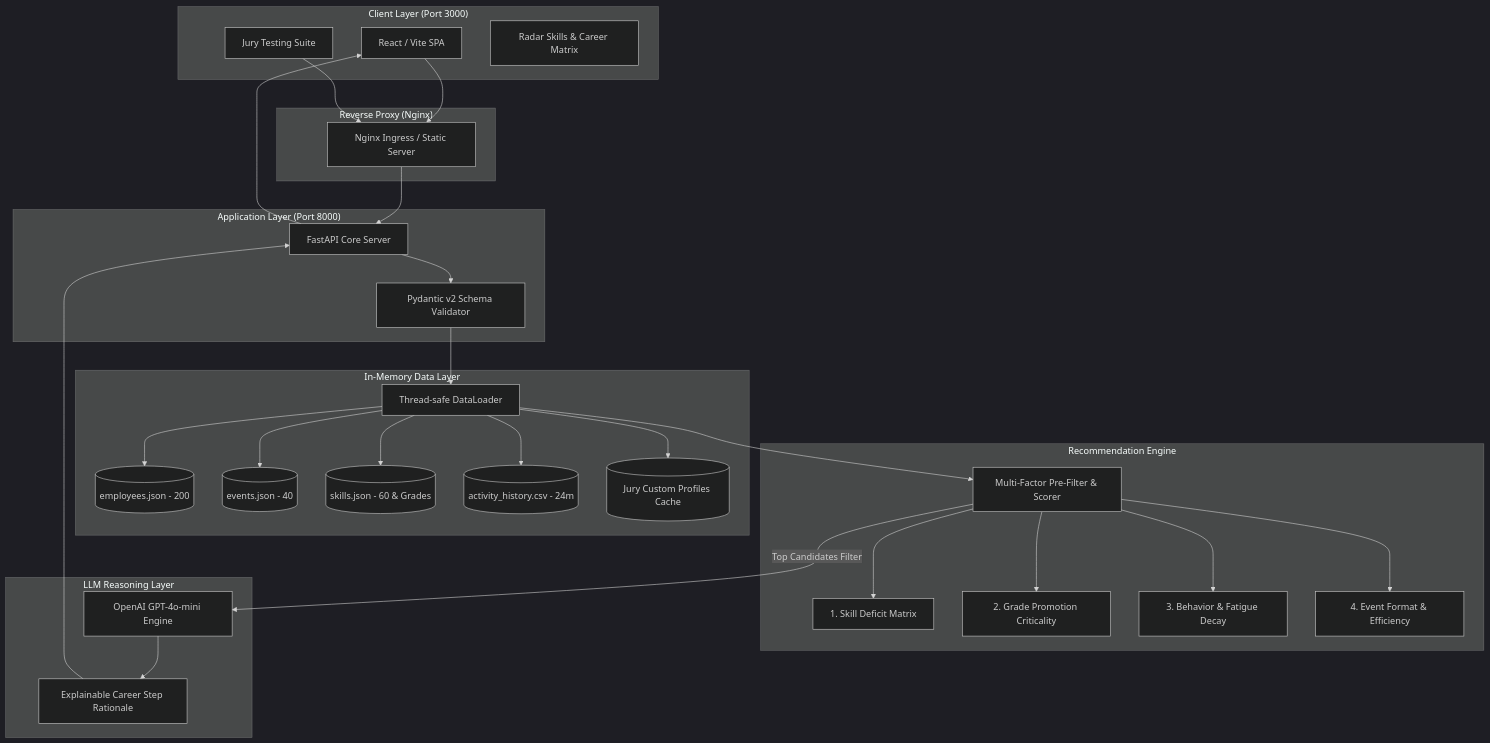
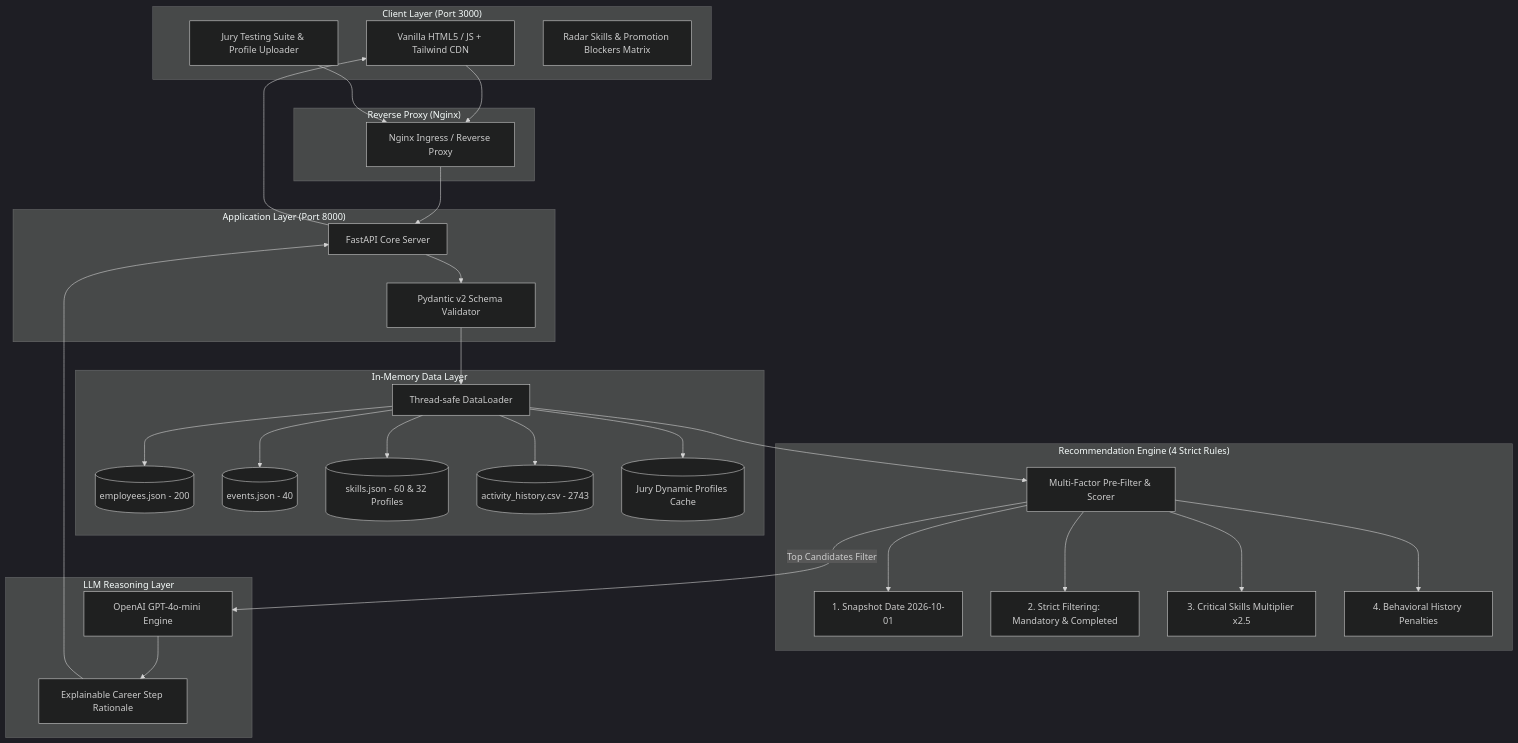
The second of 3 diagrams in README.md (BAITC-Hacks/hack-c99f3764-covuni), drawn with Mermaid (dark theme) before and after one commit. The commit also changed other lines of this file, not shown here.

Commit message:
docs: finalize README with jury edge case dataset compatibility, relative links, privacy ethics and media placeholders

````diff
--- a/README.md
+++ b/README.md
@@ -97,61 +112,61 @@
 ```mermaid
 flowchart TD
     subgraph UI ["Client Layer (Port 3000)"]
-        F1[React / Vite SPA]
-        F2[Jury Testing Suite]
-        F3[Radar Skills & Career Matrix]
+        F1[Vanilla HTML5 / JS + Tailwind CDN]
+        F2[Jury Testing Suite & Profile Uploader]
+        F3[Radar Skills & Promotion Blockers Matrix]
     end
 
     subgraph GW ["Reverse Proxy (Nginx)"]
-        NG[Nginx Ingress / Static Server]
+        NG[Nginx Ingress / Reverse Proxy]
     end
 
     subgraph API ["Application Layer (Port 8000)"]
         FAST[FastAPI Core Server]
         VAL[Pydantic v2 Schema Validator]
     end
 
     subgraph DATA ["In-Memory Data Layer"]
         DL[Thread-safe DataLoader]
         EMP[(employees.json - 200)]
         EVT[(events.json - 40)]
-        SKL[(skills.json - 60 & Grades)]
-        ACT[(activity_history.csv - 24m)]
-        CUST[(Jury Custom Profiles Cache)]
+        SKL[(skills.json - 60 & 32 Profiles)]
+        ACT[(activity_history.csv - 2743)]
+        CUST[(Jury Dynamic Profiles Cache)]
     end
 
-    subgraph ENGINE ["Recommendation Engine"]
+    subgraph ENGINE ["Recommendation Engine (4 Strict Rules)"]
         MFR[Multi-Factor Pre-Filter & Scorer]
-        F_GAP[1. Skill Deficit Matrix]
-        F_CRIT[2. Grade Promotion Criticality]
-        F_HIST[3. Behavior & Fatigue Decay]
-        F_FIT[4. Event Format & Efficiency]
+        R1[1. Snapshot Date 2026-10-01]
+        R2[2. Strict Filtering: Mandatory & Completed]
+        R3[3. Critical Skills Multiplier x2.5]
+        R4[4. Behavioral History Penalties]
     end
 
     subgraph AI ["LLM Reasoning Layer"]
         LLM[OpenAI GPT-4o-mini Engine]
         EXP[Explainable Career Step Rationale]
     end
 
     F1 --> NG
     F2 --> NG
     NG --> FAST
     FAST --> VAL
     VAL --> DL
     DL --> EMP
     DL --> EVT
     DL --> SKL
     DL --> ACT
     DL --> CUST
 
     DL --> MFR
-    MFR --> F_GAP
-    MFR --> F_CRIT
-    MFR --> F_HIST
-    MFR --> F_FIT
+    MFR --> R1
+    MFR --> R2
+    MFR --> R3
+    MFR --> R4
 
     MFR -->|Top Candidates Filter| LLM
     LLM --> EXP
     EXP --> FAST
     FAST --> F1
 ```
````
